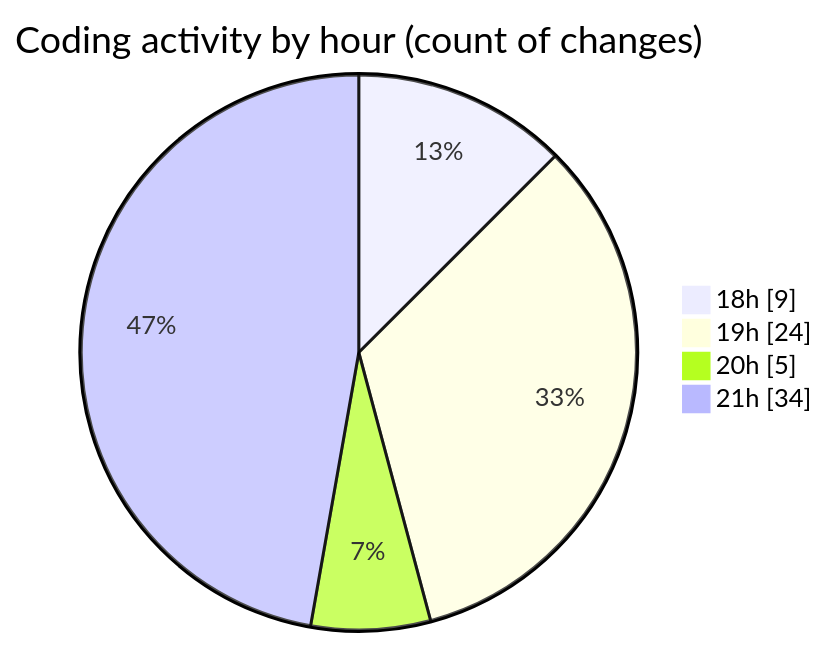
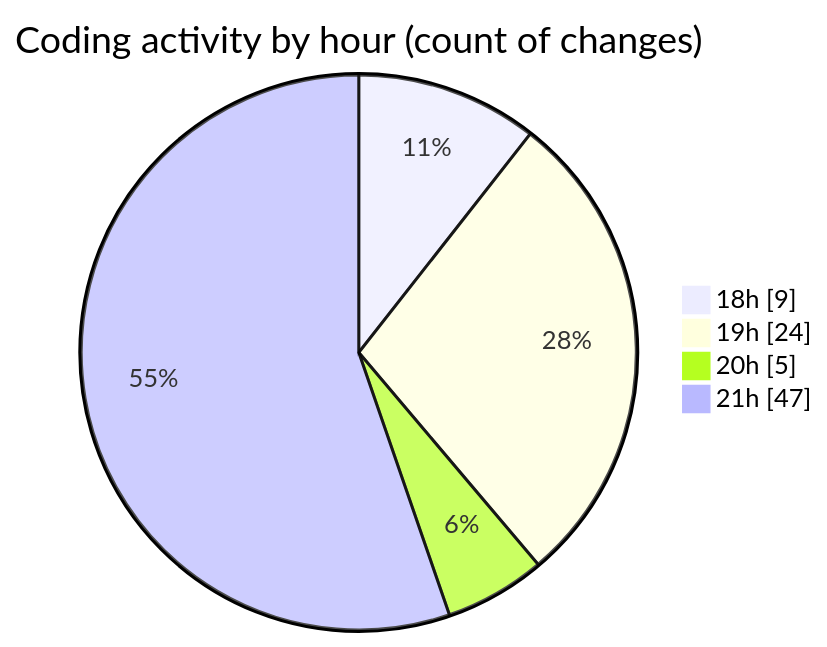
The second of 2 diagrams in 2025-04-28/date/README.md (Netris89/code-tracking), drawn with Mermaid before and after one commit. The commit also changed other lines of this file and 1 other file, not shown here.

````diff
--- a/2025-04-28/date/README.md
+++ b/2025-04-28/date/README.md
@@ -32,8 +32,8 @@
 ```mermaid
 pie showData
 title Coding activity by hour (count of changes)
 "18h" : 9
 "19h" : 24
 "20h" : 5
-"21h" : 34
+"21h" : 47
 ```
````
